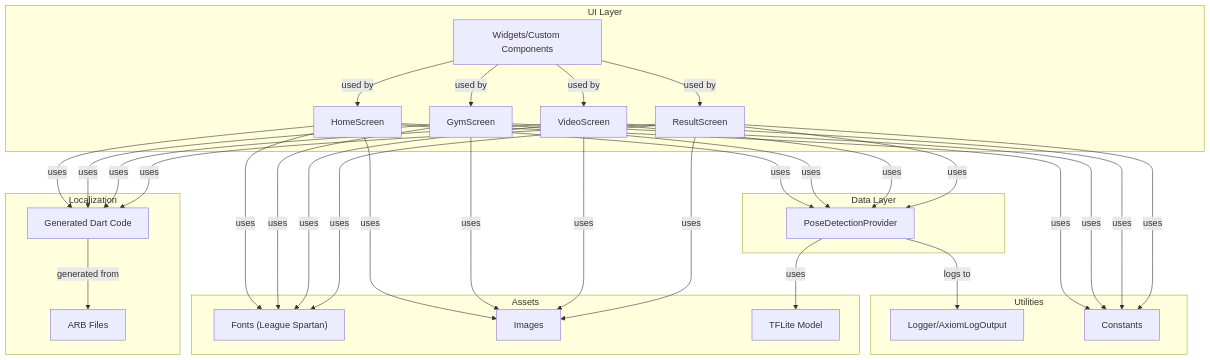
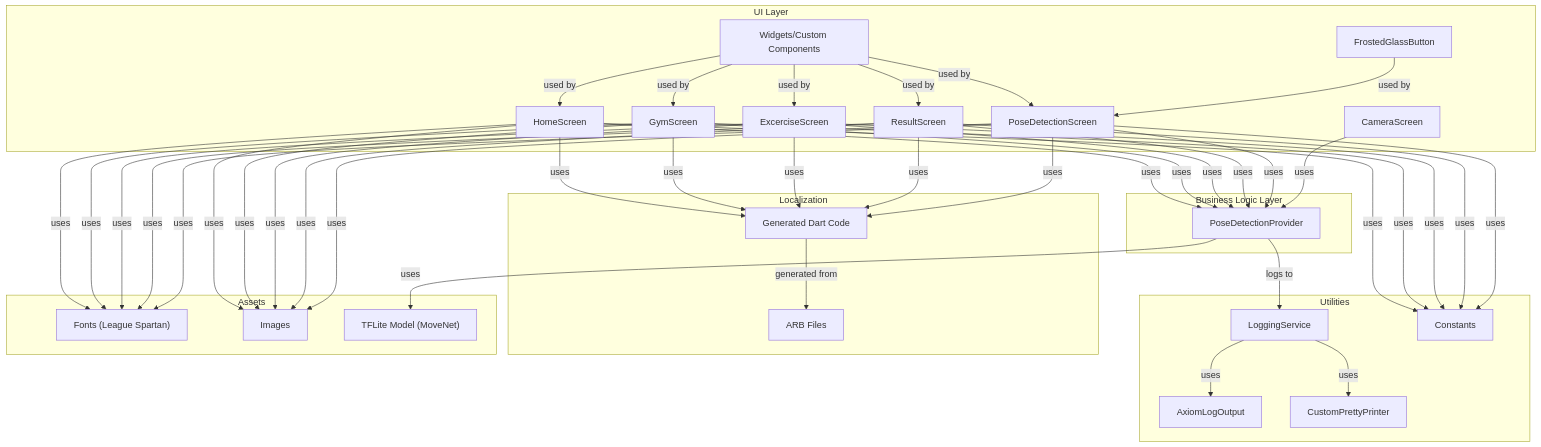
Before and after one commit to LolBaum/PeakForm: the diagram in README.md, drawn with Mermaid. The commit also changed other lines of this file and 19 other files, not shown here.

Commit message:
Added Systemvideoplayer, updated backend to save video file, exception handling for video handling, translations - changed gymscreen to have dumbbell lateral raises as excercise

````diff
--- a/README.md
+++ b/README.md
@@ -86,54 +110,69 @@
 ```mermaid
 flowchart TD
   subgraph UI_Layer[UI Layer]
     HomeScreen["HomeScreen"]
     GymScreen["GymScreen"]
-    VideoScreen["VideoScreen"]
+    ExcerciseScreen["ExcerciseScreen"]
     ResultScreen["ResultScreen"]
+    PoseDetectionScreen["PoseDetectionScreen"]
+    CameraScreen["CameraScreen"]
     Widgets["Widgets/Custom Components"]
+    FrostedGlassButton["FrostedGlassButton"]
   end
-  subgraph Providers[Data Layer]
+  subgraph Providers[Business Logic Layer]
     PoseDetectionProvider["PoseDetectionProvider"]
   end
   subgraph Util[Utilities]
-    Logger["Logger/AxiomLogOutput"]
+    LoggingService["LoggingService"]
+    AxiomLogOutput["AxiomLogOutput"]
+    CustomPrettyPrinter["CustomPrettyPrinter"]
     Constants["Constants"]
   end
   subgraph L10n[Localization]
     L10nFiles["ARB Files"]
     L10nGen["Generated Dart Code"]
   end
   subgraph Assets[Assets]
     Fonts["Fonts (League Spartan)"]
     Images["Images"]
-    Model["TFLite Model"]
+    Model["TFLite Model (MoveNet)"]
   end
 
   HomeScreen -->|"uses"| PoseDetectionProvider
   GymScreen -->|"uses"| PoseDetectionProvider
-  VideoScreen -->|"uses"| PoseDetectionProvider
+  ExcerciseScreen -->|"uses"| PoseDetectionProvider
   ResultScreen -->|"uses"| PoseDetectionProvider
+  PoseDetectionScreen -->|"uses"| PoseDetectionProvider
+  CameraScreen -->|"uses"| PoseDetectionProvider
   Widgets -->|"used by"| HomeScreen
   Widgets -->|"used by"| GymScreen
-  Widgets -->|"used by"| VideoScreen
+  Widgets -->|"used by"| ExcerciseScreen
   Widgets -->|"used by"| ResultScreen
-  PoseDetectionProvider -->|"logs to"| Logger
+  Widgets -->|"used by"| PoseDetectionScreen
+  FrostedGlassButton -->|"used by"| PoseDetectionScreen
+  PoseDetectionProvider -->|"logs to"| LoggingService
+  LoggingService -->|"uses"| AxiomLogOutput
+  LoggingService -->|"uses"| CustomPrettyPrinter
   HomeScreen -->|"uses"| Constants
   GymScreen -->|"uses"| Constants
-  VideoScreen -->|"uses"| Constants
+  ExcerciseScreen -->|"uses"| Constants
   ResultScreen -->|"uses"| Constants
+  PoseDetectionScreen -->|"uses"| Constants
   HomeScreen -->|"uses"| L10nGen
   GymScreen -->|"uses"| L10nGen
-  VideoScreen -->|"uses"| L10nGen
+  ExcerciseScreen -->|"uses"| L10nGen
   ResultScreen -->|"uses"| L10nGen
+  PoseDetectionScreen -->|"uses"| L10nGen
   L10nGen -->|"generated from"| L10nFiles
   PoseDetectionProvider -->|"uses"| Model
   HomeScreen -->|"uses"| Images
   GymScreen -->|"uses"| Images
-  VideoScreen -->|"uses"| Images
+  ExcerciseScreen -->|"uses"| Images
   ResultScreen -->|"uses"| Images
+  PoseDetectionScreen -->|"uses"| Images
   HomeScreen -->|"uses"| Fonts
   GymScreen -->|"uses"| Fonts
-  VideoScreen -->|"uses"| Fonts
+  ExcerciseScreen -->|"uses"| Fonts
   ResultScreen -->|"uses"| Fonts
+  PoseDetectionScreen -->|"uses"| Fonts
 ```
````
